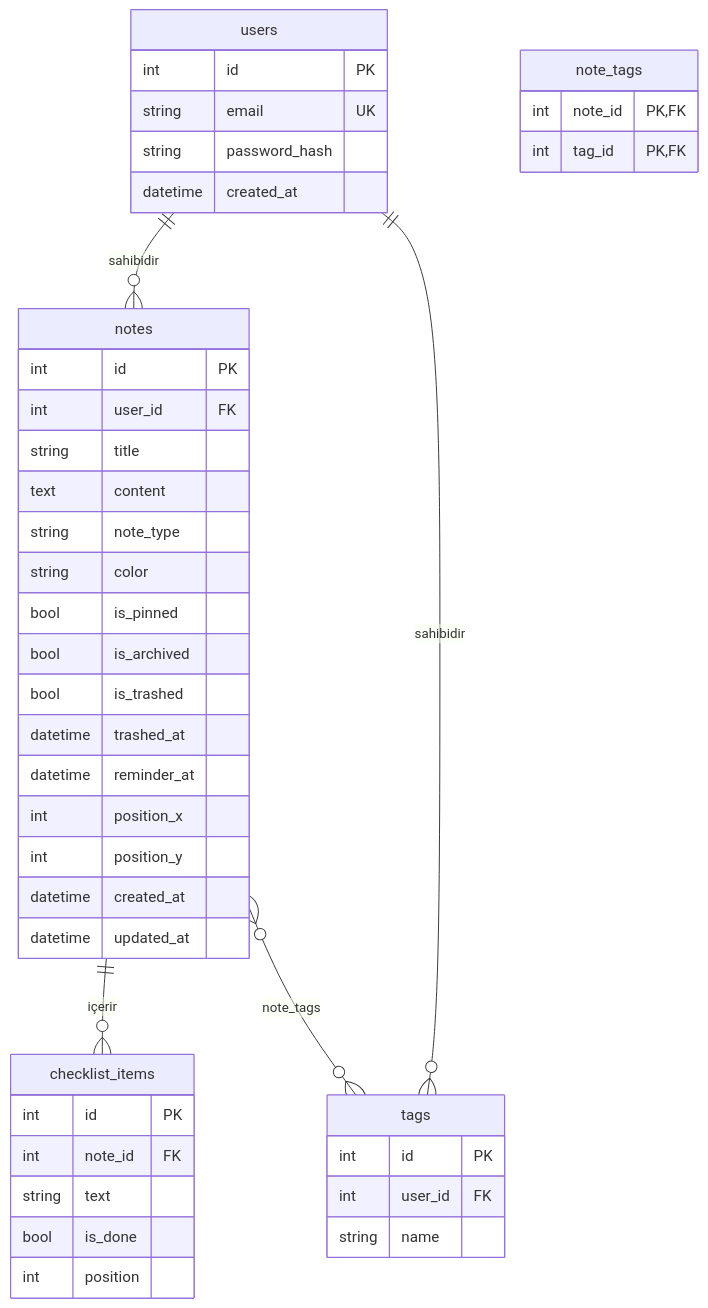
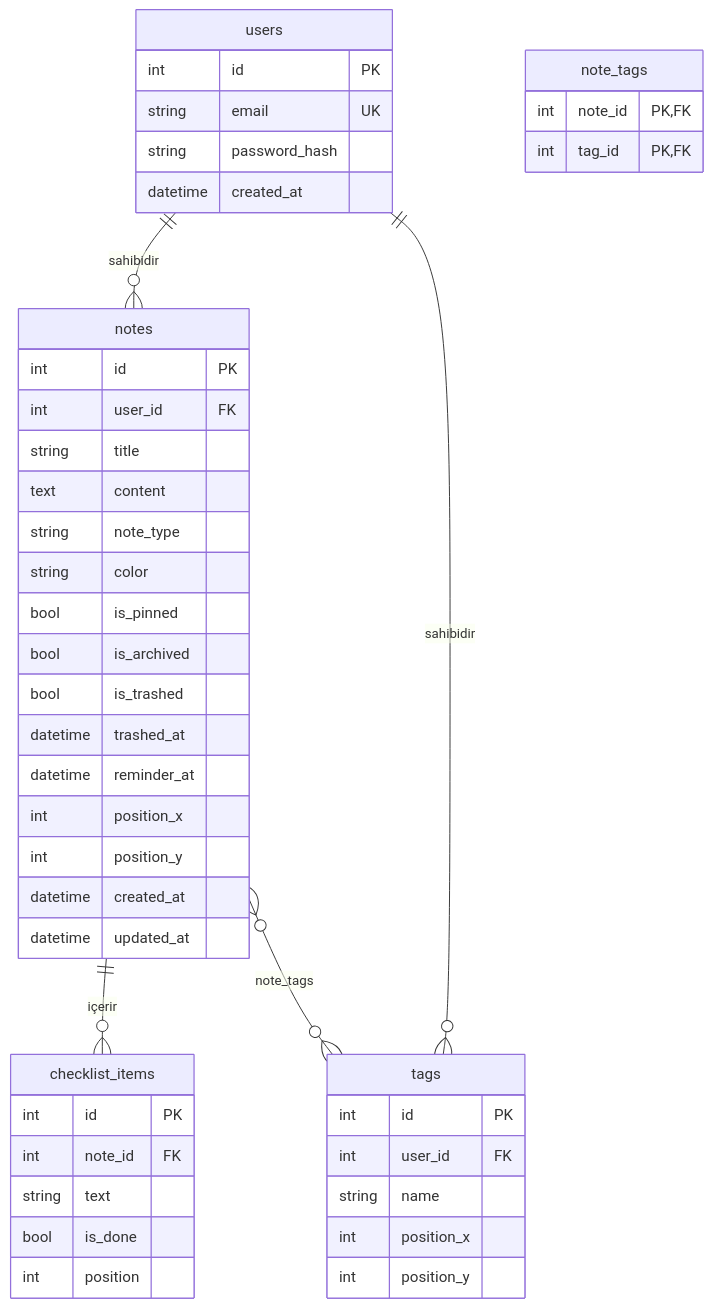
One commit to buraksipahi058-svg/beyaztakim changed the diagram in docs/veri-modeli.md. Above: the diagram before and after it, drawn with Mermaid. The commit also changed other lines of this file and 20 other files, not shown here.

````diff
--- a/docs/veri-modeli.md
+++ b/docs/veri-modeli.md
@@ -17,47 +17,49 @@
 ```mermaid
 erDiagram
     users ||--o{ notes : "sahibidir"
     users ||--o{ tags : "sahibidir"
     notes ||--o{ checklist_items : "içerir"
     notes }o--o{ tags : "note_tags"
 
     users {
         int id PK
         string email UK
         string password_hash
         datetime created_at
     }
     notes {
         int id PK
         int user_id FK
         string title
         text content
         string note_type
         string color
         bool is_pinned
         bool is_archived
         bool is_trashed
         datetime trashed_at
         datetime reminder_at
         int position_x
         int position_y
         datetime created_at
         datetime updated_at
     }
     tags {
         int id PK
         int user_id FK
         string name
+        int position_x
+        int position_y
     }
     note_tags {
         int note_id PK, FK
         int tag_id PK, FK
     }
     checklist_items {
         int id PK
         int note_id FK
         string text
         bool is_done
         int position
     }
 ```
````
